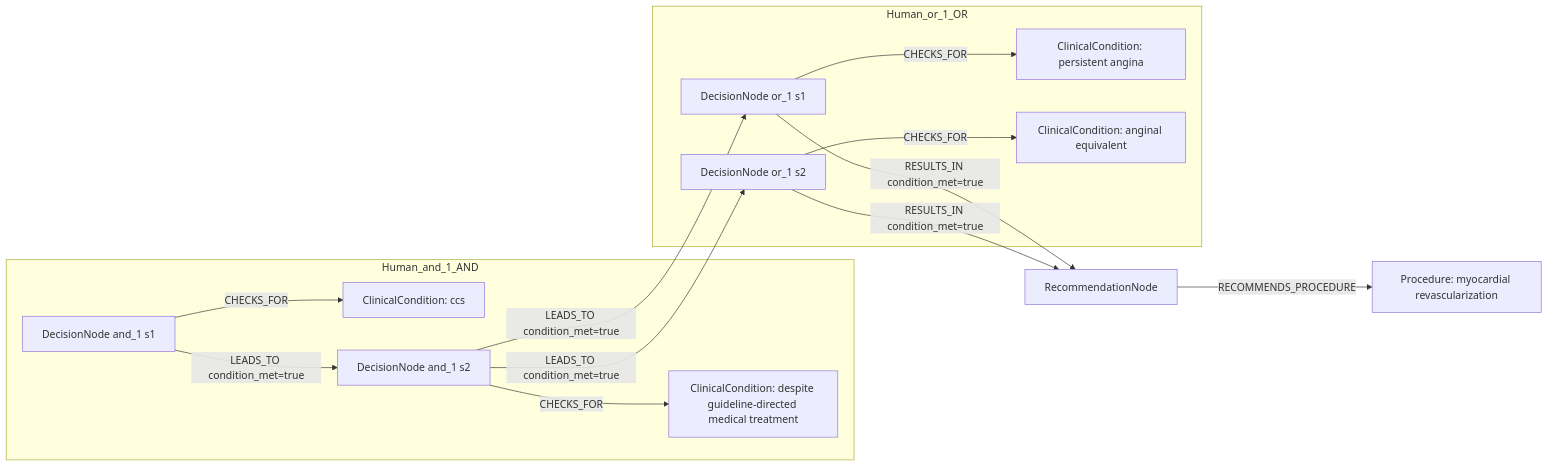
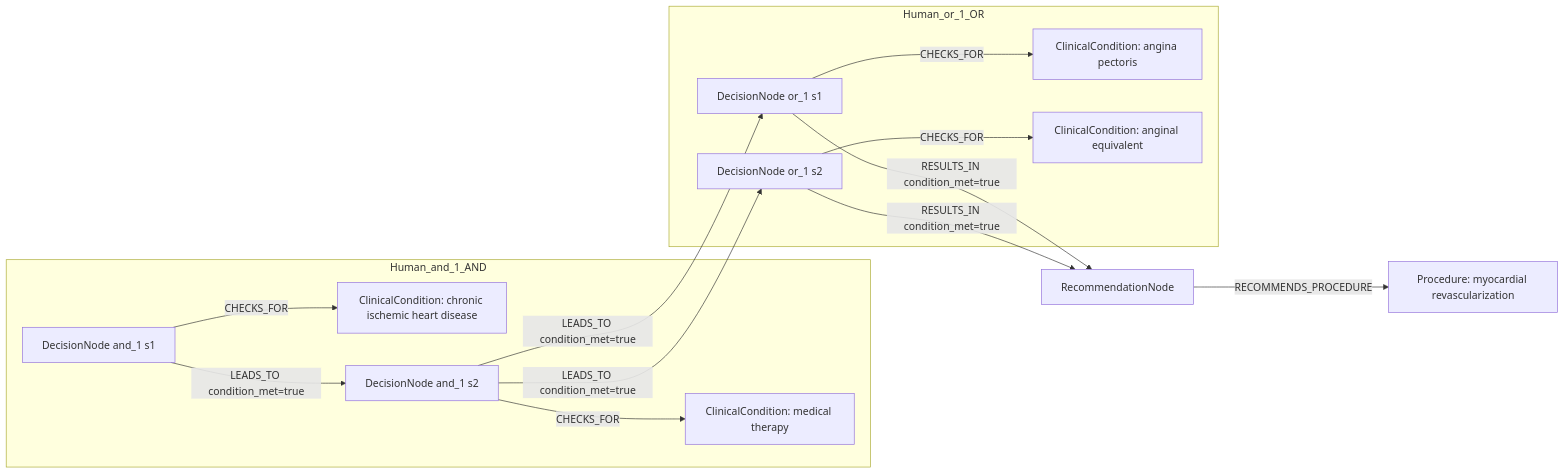
One commit to dieterich-lab/CardioGuidelinesGraph changed the first of 2 diagrams in docs/table22_rows_comparison/row_12.md. Above: the diagram before and after it, drawn with Mermaid. The commit also changed other lines of this file and 27 other files, not shown here.

````diff
--- a/docs/table22_rows_comparison/row_12.md
+++ b/docs/table22_rows_comparison/row_12.md
@@ -202,27 +116,27 @@
 ```mermaid
 graph LR
   REC[RecommendationNode]
   ACT1[Procedure: myocardial revascularization]
   REC -->|RECOMMENDS_PROCEDURE| ACT1
   subgraph Human_and_1_AND
     D_and_1_1[DecisionNode and_1 s1]
-    C_and_1_1[ClinicalCondition: ccs]
+    C_and_1_1[ClinicalCondition: chronic ischemic heart disease]
     D_and_1_1 -->|CHECKS_FOR| C_and_1_1
     D_and_1_2[DecisionNode and_1 s2]
-    C_and_1_2[ClinicalCondition: despite guideline-directed medical treatment]
+    C_and_1_2[ClinicalCondition: medical therapy]
     D_and_1_2 -->|CHECKS_FOR| C_and_1_2
     D_and_1_1 -->|LEADS_TO condition_met=true| D_and_1_2
   end
   subgraph Human_or_1_OR
     D_or_1_1[DecisionNode or_1 s1]
-    C_or_1_1[ClinicalCondition: persistent angina]
+    C_or_1_1[ClinicalCondition: angina pectoris]
     D_or_1_1 -->|CHECKS_FOR| C_or_1_1
     D_or_1_2[DecisionNode or_1 s2]
     C_or_1_2[ClinicalCondition: anginal equivalent]
     D_or_1_2 -->|CHECKS_FOR| C_or_1_2
     D_and_1_2 -->|LEADS_TO condition_met=true| D_or_1_1
     D_and_1_2 -->|LEADS_TO condition_met=true| D_or_1_2
   end
   D_or_1_1 -->|RESULTS_IN condition_met=true| REC
   D_or_1_2 -->|RESULTS_IN condition_met=true| REC
 ```
````
